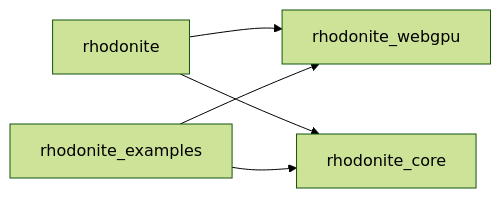
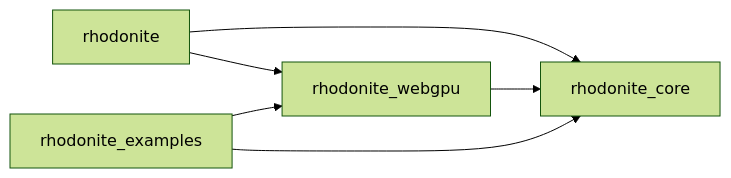
One commit to emadurandal/RhodoniteMBT changed the diagram in docs/module_boundaries.md. Above: the diagram before and after it, drawn with Mermaid (forest theme). The commit also changed other lines of this file and 13 other files, not shown here.

````diff
--- a/docs/module_boundaries.md
+++ b/docs/module_boundaries.md
@@ -27,11 +27,12 @@
 ```mermaid
 flowchart LR
   facade["rhodonite"]
   webgpu["rhodonite_webgpu"]
   core["rhodonite_core"]
   examples["rhodonite_examples"]
   facade --> webgpu
   facade --> core
+  webgpu --> core
   examples --> webgpu
   examples --> core
 ```
````
